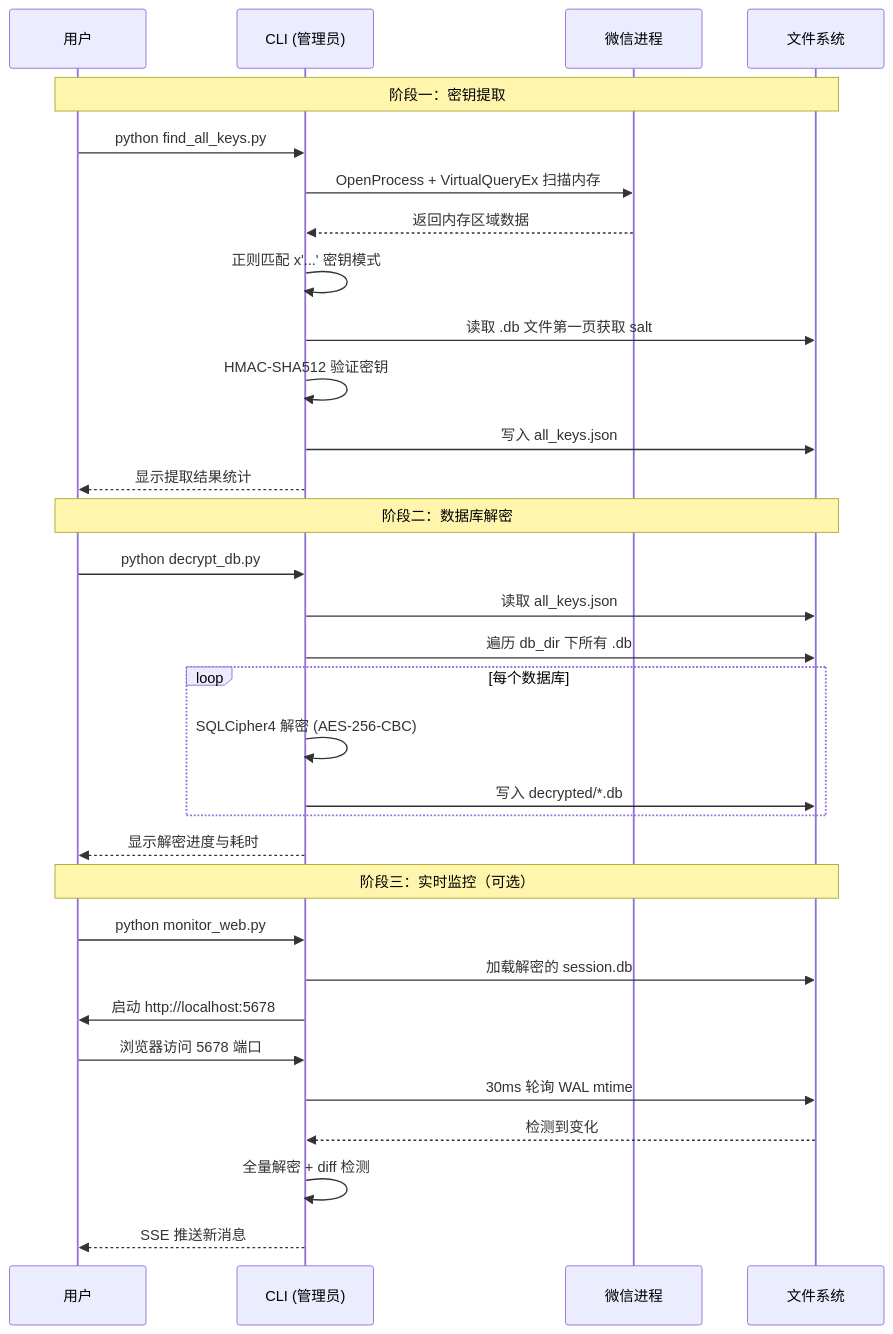
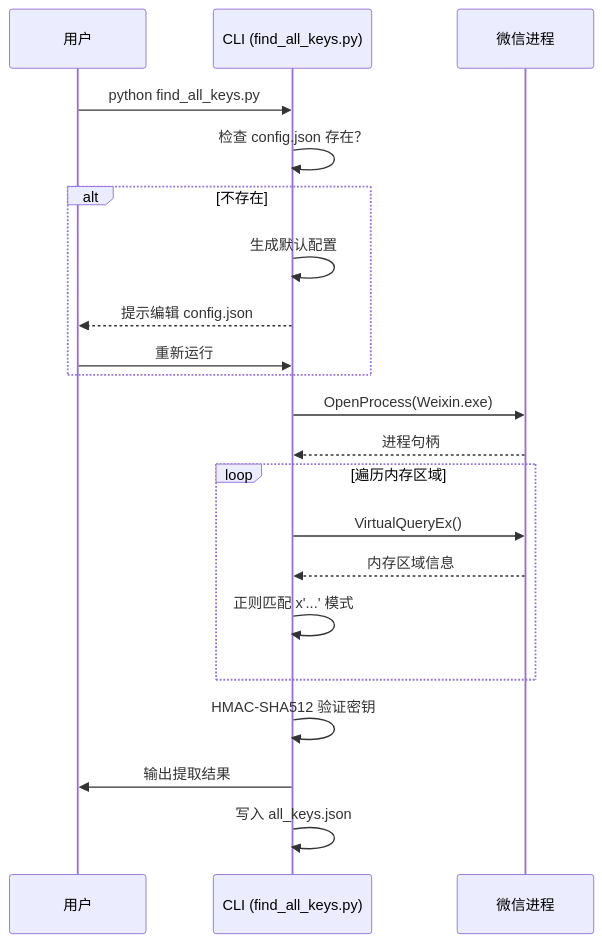
One commit to nerdneilsfield/code-wiki-pages changed the second of 2 diagrams in public/wechat-decrypt/guide-getting-started.md. Above: the diagram before and after it, drawn with Mermaid. The commit also changed other lines of this file and 30 other files, not shown here.

````diff
--- a/public/wechat-decrypt/guide-getting-started.md
+++ b/public/wechat-decrypt/guide-getting-started.md
@@ -140,37 +158,28 @@
 ```mermaid
 sequenceDiagram
     participant U as 用户
-    participant C as CLI (管理员)
+    participant C as CLI (find_all_keys.py)
     participant W as 微信进程
-    participant F as 文件系统
     
-    Note over U,F: 阶段一：密钥提取
     U->>C: python find_all_keys.py
-    C->>W: OpenProcess + VirtualQueryEx 扫描内存
-    W-->>C: 返回内存区域数据
-    C->>C: 正则匹配 x'...' 密钥模式
-    C->>F: 读取 .db 文件第一页获取 salt
+    C->>C: 检查 config.json 存在？
+    alt 不存在
+        C->>C: 生成默认配置
+        C-->>U: 提示编辑 config.json
+        U->>C: 重新运行
+    end
+    
+    C->>W: OpenProcess(Weixin.exe)
+    W-->>C: 进程句柄
+    
+    loop 遍历内存区域
+        C->>W: VirtualQueryEx()
+        W-->>C: 内存区域信息
+        C->>C: 正则匹配 x'...' 模式
+    end
+    
     C->>C: HMAC-SHA512 验证密钥
-    C->>F: 写入 all_keys.json
-    C-->>U: 显示提取结果统计
     
-    Note over U,F: 阶段二：数据库解密
-    U->>C: python decrypt_db.py
-    C->>F: 读取 all_keys.json
-    C->>F: 遍历 db_dir 下所有 .db
-    loop 每个数据库
-        C->>C: SQLCipher4 解密 (AES-256-CBC)
-        C->>F: 写入 decrypted/*.db
-    end
-    C-->>U: 显示解密进度与耗时
-    
-    Note over U,F: 阶段三：实时监控（可选）
-    U->>C: python monitor_web.py
-    C->>F: 加载解密的 session.db
-    C->>U: 启动 http://localhost:5678
-    U->>C: 浏览器访问 5678 端口
-    C->>F: 30ms 轮询 WAL mtime
-    F-->>C: 检测到变化
-    C->>C: 全量解密 + diff 检测
-    C-->>U: SSE 推送新消息
+    C->>U: 输出提取结果
+    C->>C: 写入 all_keys.json
 ```
````
